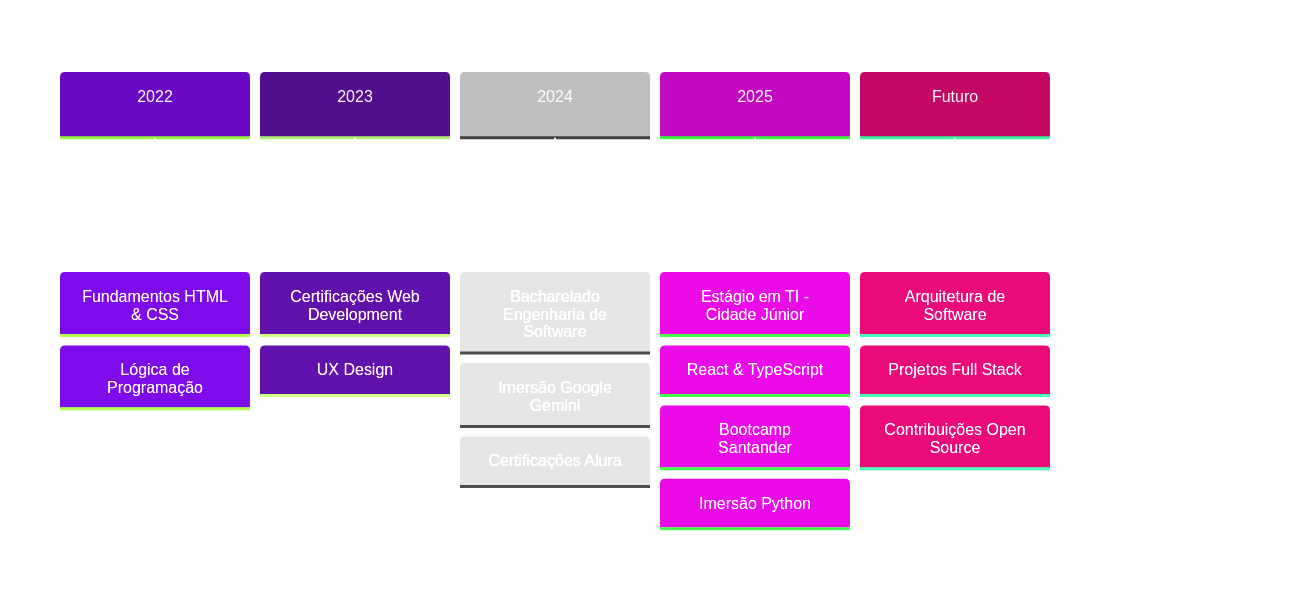
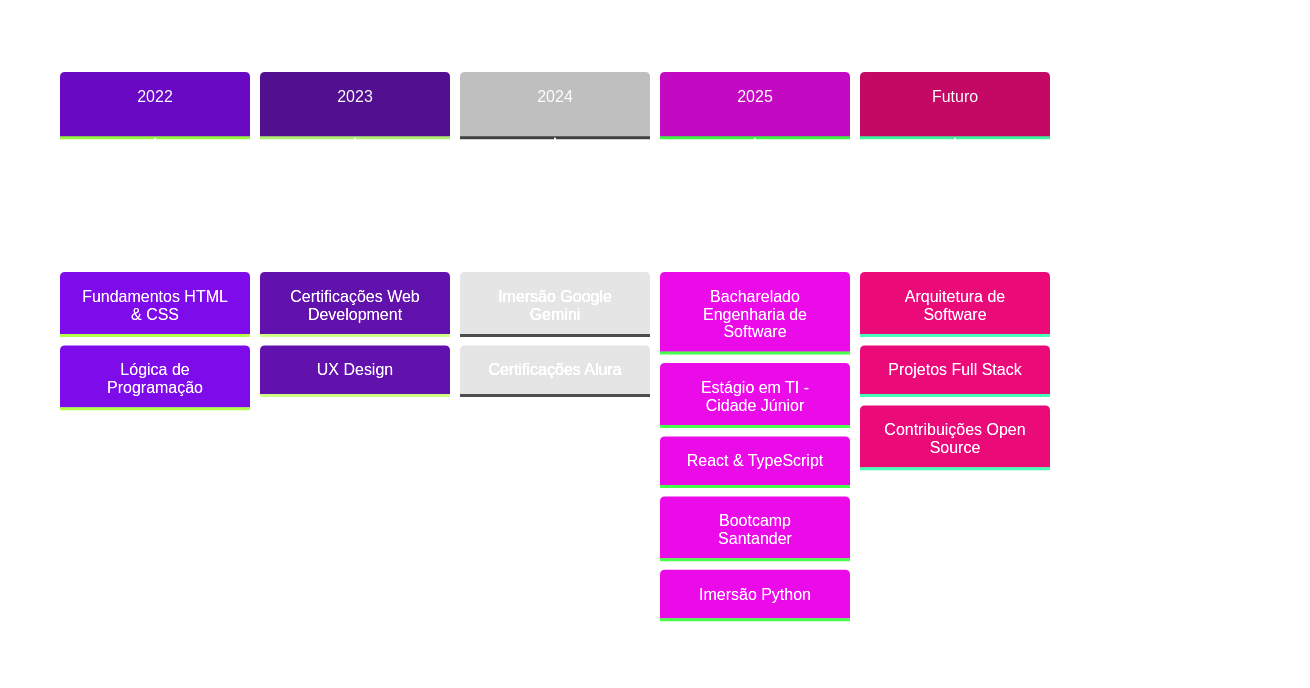
Before and after one commit to arianearchanjo/arianearchanjo: the first of 2 diagrams in README.md, drawn with Mermaid.

Commit message:
Atualização do ReadMe

````diff
--- a/README.md
+++ b/README.md
@@ -153,19 +153,19 @@
 ```mermaid
 %%{init: {'theme':'base', 'themeVariables': { 'primaryColor':'#a855f7','primaryTextColor':'#fff','primaryBorderColor':'#7c3aed','lineColor':'#8b5cf6','secondaryColor':'#9333ea','tertiaryColor':'#fff'}}}%%
 timeline
     title Minha Jornada em Tecnologia
     2022 : Fundamentos HTML & CSS
          : Lógica de Programação
     2023 : Certificações Web Development
          : UX Design
-    2024 : Bacharelado Engenharia de Software
-         : Imersão Google Gemini
+    2024 : Imersão Google Gemini
          : Certificações Alura
-    2025 : Estágio em TI - Cidade Júnior
+    2025 : Bacharelado Engenharia de Software
+          : Estágio em TI - Cidade Júnior
          : React & TypeScript
          : Bootcamp Santander
          : Imersão Python
     Futuro : Arquitetura de Software
            : Projetos Full Stack
            : Contribuições Open Source
 ```
````
